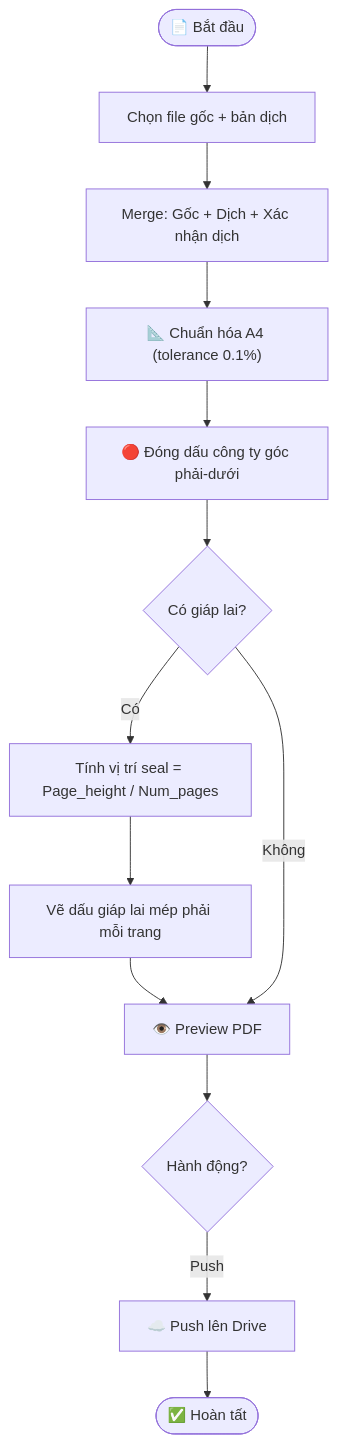
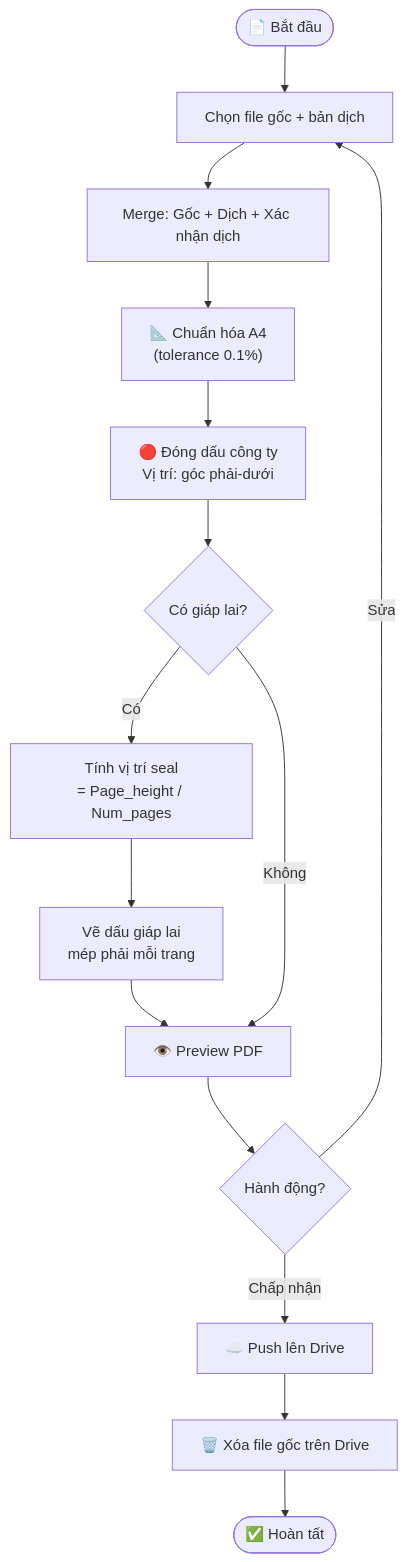
Before and after one commit to nhutminh23/AI-AGENT-FOR-WRITING-VISA-EXPLANATION-LETTERS: the sixth of 7 diagrams in README.md, drawn with Mermaid. The commit also changed other lines of this file and 1 other file, not shown here.

````diff
--- a/README.md
+++ b/README.md
@@ -191,15 +321,23 @@
 ```mermaid
 flowchart TD
     Start([📄 Bắt đầu]) --> SelectFiles["Chọn file gốc + bản dịch"]
     SelectFiles --> MergePDF["Merge: Gốc + Dịch + Xác nhận dịch"]
-    MergePDF --> NormalizeA4["📐 Chuẩn hóa A4 (tolerance 0.1%)"]
-    NormalizeA4 --> StampCompany["🔴 Đóng dấu công ty góc phải-dưới"]
+
+    MergePDF --> NormalizeA4["📐 Chuẩn hóa A4<br/>(tolerance 0.1%)"]
+
+    NormalizeA4 --> StampCompany["🔴 Đóng dấu công ty<br/>Vị trí: góc phải-dưới"]
     StampCompany --> EdgeSeal{Có giáp lai?}
-    EdgeSeal -->|Có| CalcPositions["Tính vị trí seal = Page_height / Num_pages"]
-    CalcPositions --> DrawSeals["Vẽ dấu giáp lai mép phải mỗi trang"]
+
+    EdgeSeal -->|Có| CalcPositions["Tính vị trí seal<br/>= Page_height / Num_pages"]
+    CalcPositions --> DrawSeals["Vẽ dấu giáp lai<br/>mép phải mỗi trang"]
     DrawSeals --> Preview["👁️ Preview PDF"]
+
     EdgeSeal -->|Không| Preview
+
     Preview --> UserAction{Hành động?}
-    UserAction -->|Push| PushDrive["☁️ Push lên Drive"]
-    PushDrive --> Done([✅ Hoàn tất])
+    UserAction -->|Chấp nhận| PushDrive["☁️ Push lên Drive"]
+    UserAction -->|Sửa| SelectFiles
+
+    PushDrive --> DeleteOriginal["🗑️ Xóa file gốc trên Drive"]
+    DeleteOriginal --> Done([✅ Hoàn tất])
 ```
````
